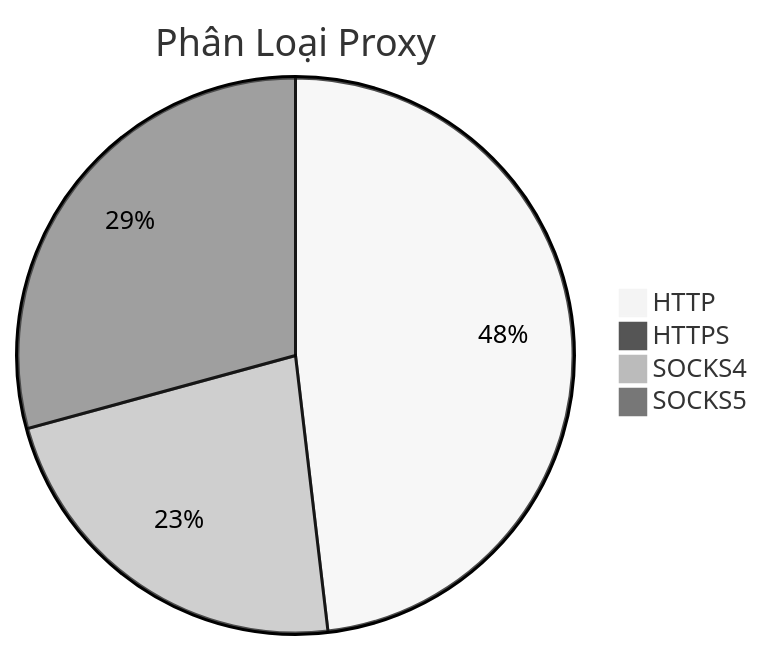
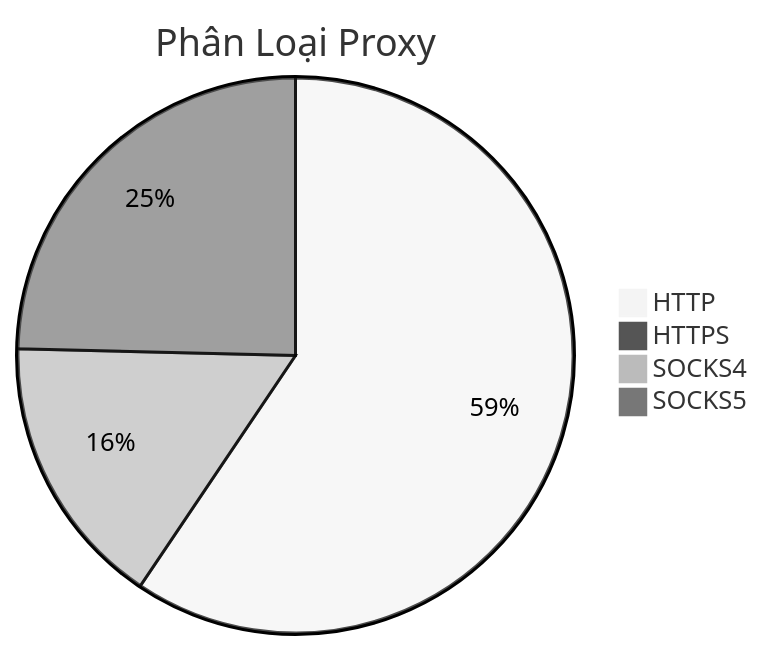
Before and after one commit to Ciara-12/PROXY-free: the diagram in README.md, drawn with Mermaid (neutral theme). The commit also changed other lines of this file and 4 other files, not shown here.

````diff
--- a/README.md
+++ b/README.md
@@ -26,7 +26,7 @@
 ```mermaid
 pie title Phân Loại Proxy
-    "HTTP" : 619
-    "HTTPS" : 1
-    "SOCKS4" : 291
-    "SOCKS5" : 376
+    "HTTP" : 775
+    "HTTPS" : 0
+    "SOCKS4" : 208
+    "SOCKS5" : 321
 ```
````
